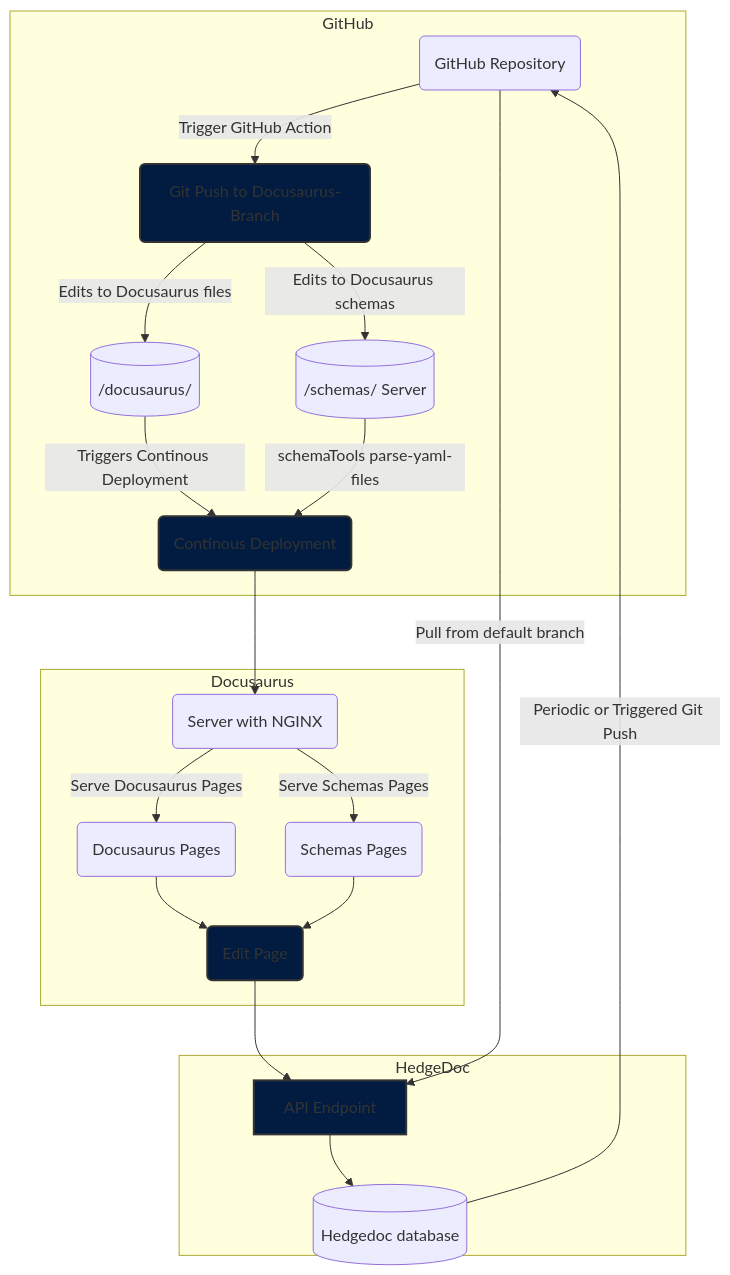
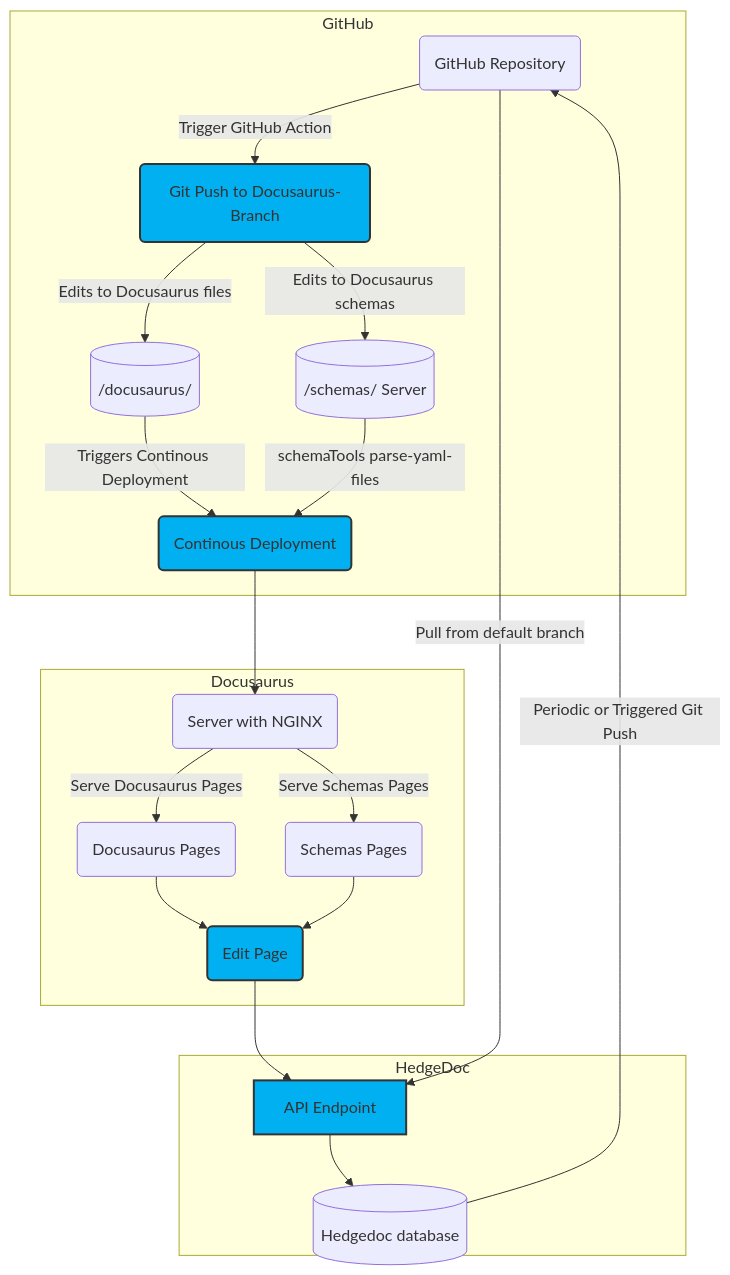
Before and after one commit to nqminds/SBOM-GAP: the diagram in README.md, drawn with Mermaid.

Commit message:
[2024-01-11 10:47:34] Anthony McCaigue: documentation-toolchain

````diff
--- a/README.md
+++ b/README.md
@@ -6,47 +6,47 @@
 ```mermaid
 graph
 
 %% GitHub
 subgraph GitHub
   ghRepo(GitHub Repository)
   ghAction1(Git Push to Docusaurus-Branch)
   ghAction2(Continous Deployment)
   docusaurusServer[(/docusaurus/)]
   schemasServer[(/schemas/ Server)]
 end
 
 %% Server Hosting Pages using NGINX
 subgraph Docusaurus
   nginxServer(Server with NGINX)
   nginxDocusaurus(Docusaurus Pages)
   nginxSchemas(Schemas Pages)
   editPage(Edit Page)
 end
 
 subgraph HedgeDoc
     hedgedocPages[(Hedgedoc database)]
     api[API Endpoint]
 end
 
 %% Arrows and Actions
 ghRepo -->|Trigger GitHub Action| ghAction1
 ghAction1 -->|Edits to Docusaurus files| docusaurusServer
 ghAction1 -->|Edits to Docusaurus schemas| schemasServer
 docusaurusServer -->|Triggers Continous Deployment| ghAction2
 schemasServer -->|schemaTools parse-yaml-files| ghAction2
 ghAction2 --> nginxServer
 nginxServer -->|Serve Docusaurus Pages| nginxDocusaurus
 nginxServer -->|Serve Schemas Pages| nginxSchemas
 
 nginxDocusaurus --> editPage
 nginxSchemas --> editPage
 
 editPage --> api
 ghRepo --> |Pull from default branch| api
 
 api -->hedgedocPages -->|Periodic or Triggered Git Push| ghRepo
 
-classDef centered fill:#011C40,stroke:#333,stroke-width:2px,align:center;
+classDef centered fill:#00B0F0,stroke:#333,stroke-width:2px,align:center;
 class ghAction1,ghAction2,editPage,api centered;
 style HedgeDoc height:200px;
 ```
````
